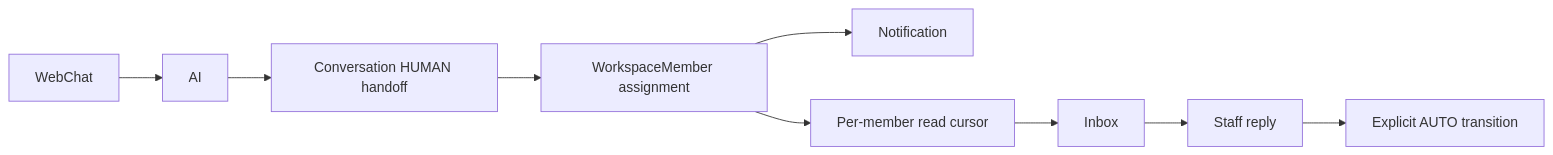
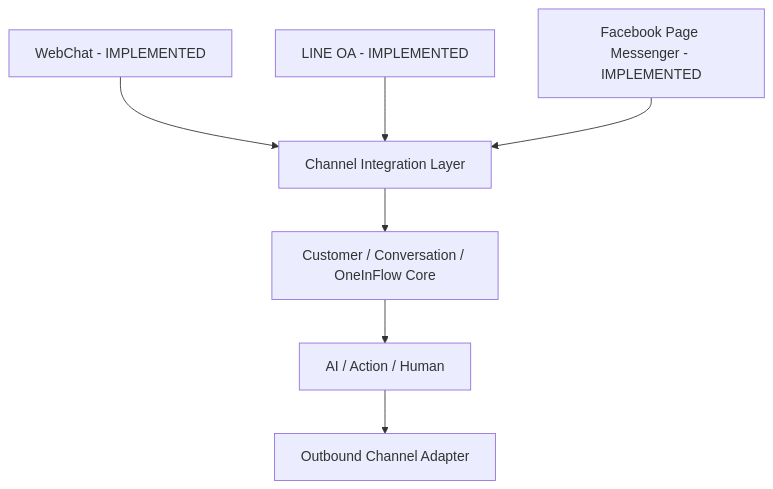
The third of 3 diagrams in docs/02_TECH_ARCHITECTURE.md (nontawatpoonkong/oneinflowai-platform), drawn with Mermaid before and after one commit. The commit also changed other lines of this file and 10 other files, not shown here.

````diff
--- a/docs/02_TECH_ARCHITECTURE.md
+++ b/docs/02_TECH_ARCHITECTURE.md
@@ -46,10 +99,9 @@
 ```mermaid
-flowchart LR
-    WebChat --> AI --> Handoff["Conversation HUMAN handoff"]
-    Handoff --> Assignment["WorkspaceMember assignment"]
-    Assignment --> Notification
-    Assignment --> ReadState["Per-member read cursor"]
-    ReadState --> Inbox
-    Inbox --> StaffReply["Staff reply"]
-    StaffReply --> ReturnAI["Explicit AUTO transition"]
+flowchart TD
+    Web["WebChat - IMPLEMENTED"] --> Layer["Channel Integration Layer"]
+    Line["LINE OA - IMPLEMENTED"] --> Layer
+    Facebook["Facebook Page Messenger - IMPLEMENTED"] --> Layer
+    Layer --> Core["Customer / Conversation / OneInFlow Core"]
+    Core --> Ops["AI / Action / Human"]
+    Ops --> Outbound["Outbound Channel Adapter"]
 ```
````
